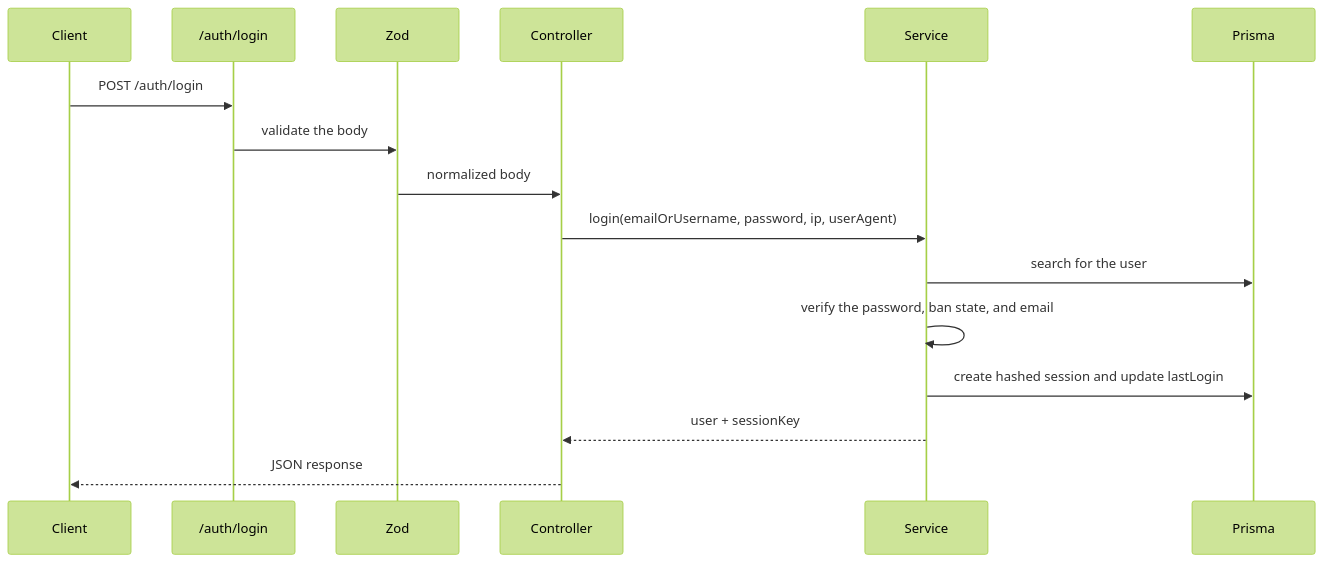
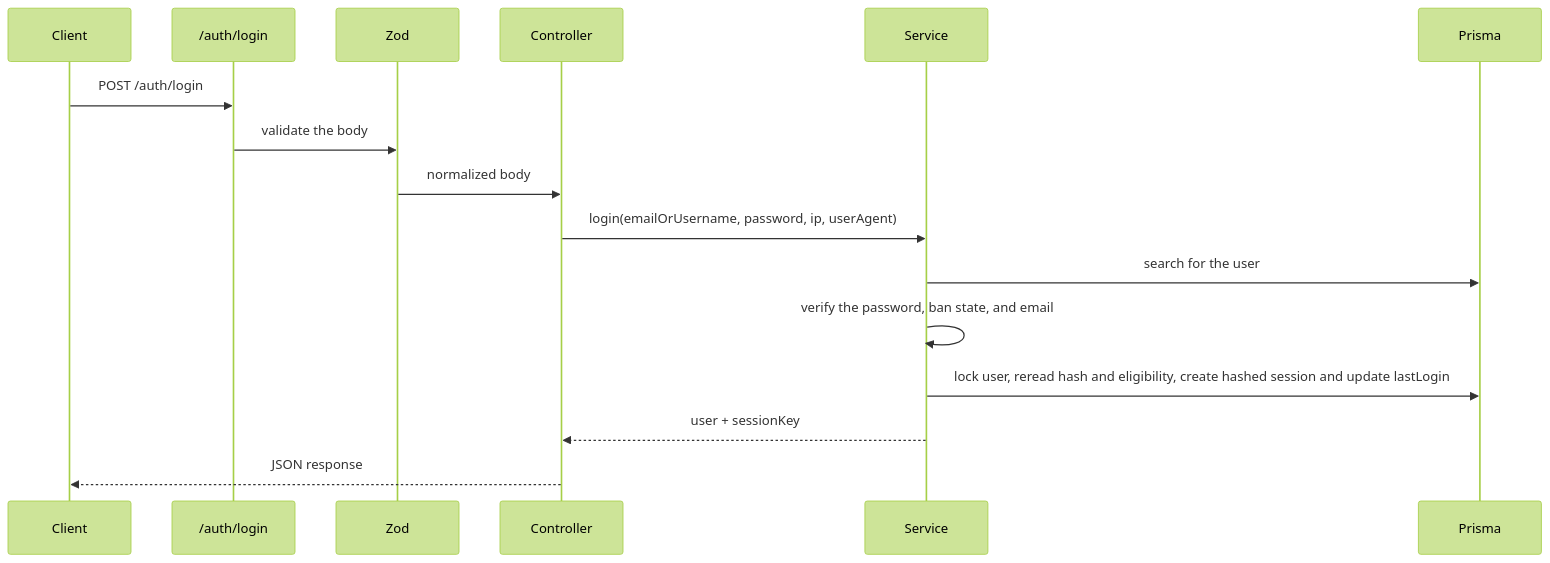
One commit to FairPlayTeam/ts-backend changed the eighth of 8 diagrams in docs/ARCHITECTURE.md. Above: the diagram before and after it, drawn with Mermaid (forest theme). The commit also changed other lines of this file and 4 other files, not shown here.

````diff
--- a/docs/ARCHITECTURE.md
+++ b/docs/ARCHITECTURE.md
@@ -1049,19 +1086,19 @@
 ```mermaid
 sequenceDiagram
 participant Client
 participant Route as /auth/login
 participant Validation as Zod
 participant Controller
 participant Service
 participant DB as Prisma
 
 Client ->> Route: POST /auth/login
 Route ->> Validation: validate the body
 Validation ->> Controller: normalized body
 Controller ->> Service: login(emailOrUsername, password, ip, userAgent)
 Service ->> DB: search for the user
 Service ->> Service: verify the password, ban state, and email
-Service ->> DB: create hashed session and update lastLogin
+Service ->> DB: lock user, reread hash and eligibility, create hashed session and update lastLogin
 Service -->> Controller: user + sessionKey
 Controller -->> Client: JSON response
 ```
````
